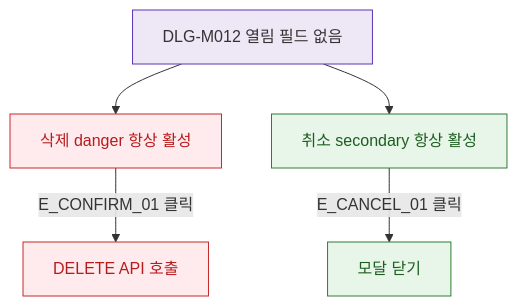
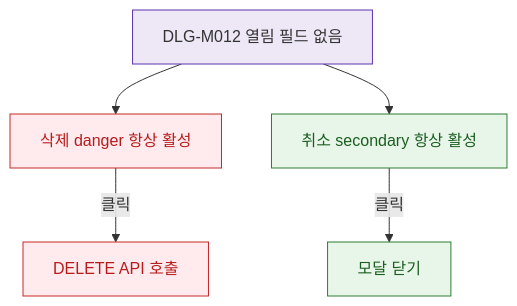
One commit to dev-spogym/admin-pando changed the diagram in docs/다이어그램/D02_회원관리/DLG/DLG-M012_상담삭제/M2_필드검증.md. Above: the diagram before and after it, drawn with Mermaid. The commit also changed other lines of this file and 1660 other files, not shown here.

First line of the commit message:
다이어그램: 기획자/클라이언트 납품본으로 정리

````diff
--- a/docs/다이어그램/D02_회원관리/DLG/DLG-M012_상담삭제/M2_필드검증.md
+++ b/docs/다이어그램/D02_회원관리/DLG/DLG-M012_상담삭제/M2_필드검증.md
@@ -22,18 +20,18 @@
 ```mermaid
 flowchart TD
   DLG[DLG-M012 열림 필드 없음]
 
   DLG --> BTN_DEL[삭제 danger 항상 활성]
   DLG --> BTN_CANCEL[취소 secondary 항상 활성]
 
-  BTN_DEL    -->|E_CONFIRM_01 클릭| API[DELETE API 호출]
-  BTN_CANCEL -->|E_CANCEL_01 클릭| CLOSE[모달 닫기]
+  BTN_DEL -->|클릭|API[DELETE API 호출]
+  BTN_CANCEL -->|클릭|CLOSE[모달 닫기]
 
-  classDef system  fill:#EDE7F6,stroke:#5E35B2
+  classDef system fill:#EDE7F6,stroke:#5E35B2
   classDef success fill:#E8F5E9,stroke:#2E7D32,color:#1B5E20
-  classDef error   fill:#FFEBEE,stroke:#C62828,color:#B71C1C
+  classDef error fill:#FFEBEE,stroke:#C62828,color:#B71C1C
 
   class DLG system
   class BTN_CANCEL,CLOSE success
   class BTN_DEL,API error
 ```
````
